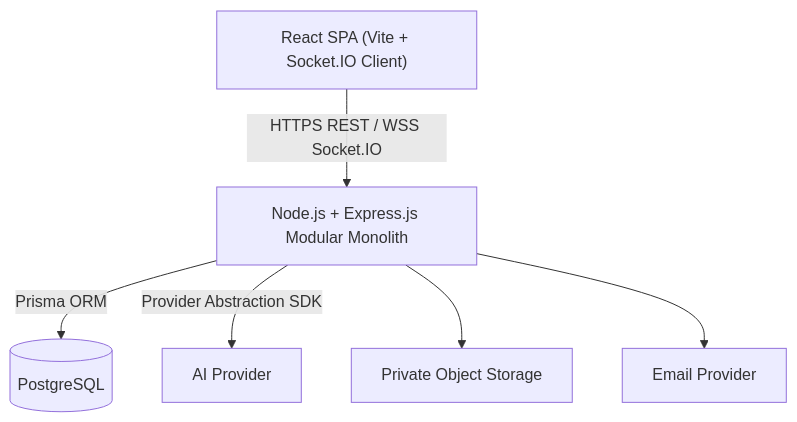
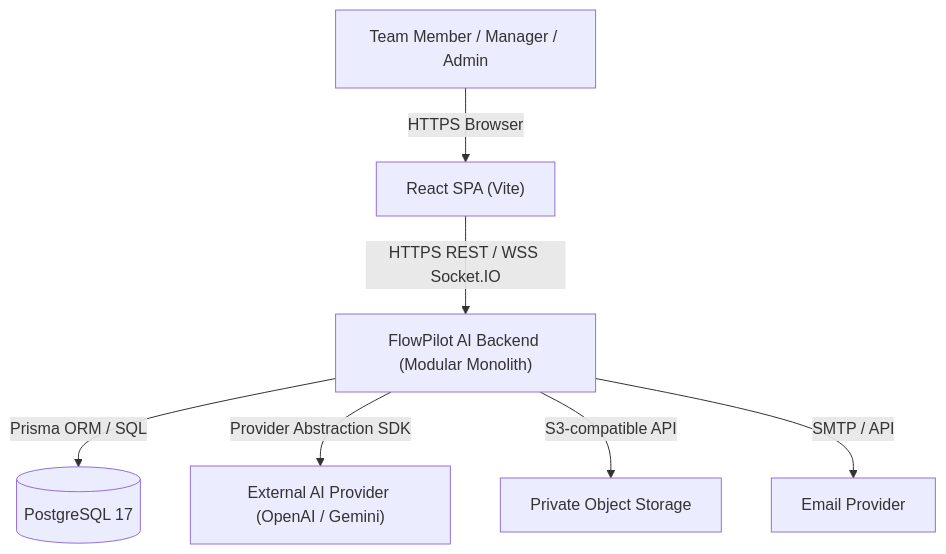
Before and after one commit to TrTinh34/flowpilot-ai: the first of 12 diagrams in docs/04-System-Design.md, drawn with Mermaid. The commit also changed other lines of this file and 72 other files, not shown here.

Commit message:
refactor(architecture): migrate backend to feature-based clean architecture

````diff
--- a/docs/04-System-Design.md
+++ b/docs/04-System-Design.md
@@ -11,8 +40,9 @@
 ```mermaid
 flowchart TD
- UI["React SPA (Vite + Socket.IO Client)"] -->|HTTPS REST / WSS Socket.IO| BE["Node.js + Express.js Modular Monolith"]
- BE -->|Prisma ORM| DB[(PostgreSQL)]
- BE -->|Provider Abstraction SDK| AI[AI Provider]
- BE --> S3[Private Object Storage]
- BE --> MAIL[Email Provider]
+  USER["Team Member / Manager / Admin"] -->|HTTPS Browser| FE["React SPA (Vite)"]
+  FE -->|HTTPS REST / WSS Socket.IO| BE["FlowPilot AI Backend (Modular Monolith)"]
+  BE -->|Prisma ORM / SQL| DB[(PostgreSQL 17)]
+  BE -->|Provider Abstraction SDK| AI["External AI Provider (OpenAI / Gemini)"]
+  BE -->|S3-compatible API| S3["Private Object Storage"]
+  BE -->|SMTP / API| MAIL["Email Provider"]
 ```
````
